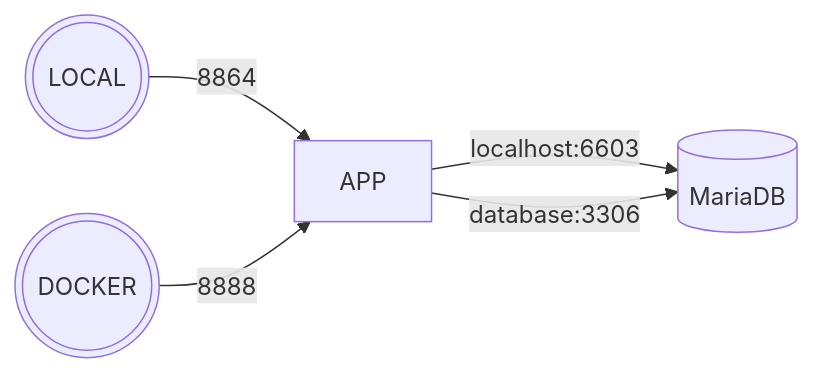
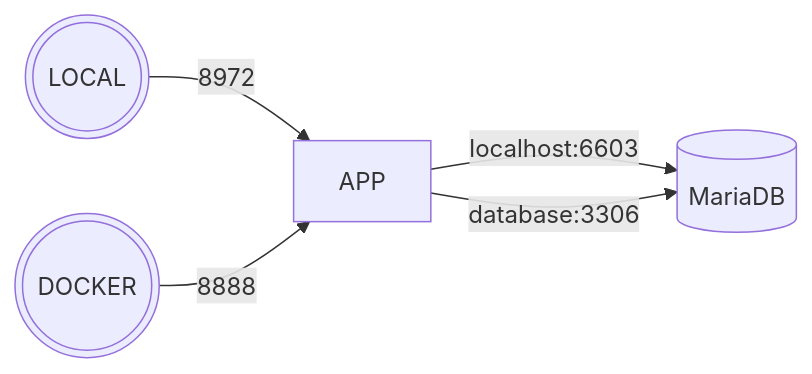
Before and after one commit to pySatellite/todo: the diagram in README.md, drawn with Mermaid. The commit also changed other lines of this file and 215 other files, not shown here.

````diff
--- a/README.md
+++ b/README.md
@@ -9,7 +9,7 @@
 ```mermaid
 flowchart LR
-LOCAL(((LOCAL)))--8864-->APP
+LOCAL(((LOCAL)))--8972-->APP
 DOCKER(((DOCKER)))--8888-->APP
 APP--localhost:6603-->MariaDB
 APP--database:3306-->MariaDB[(MariaDB)]
 ```
````
